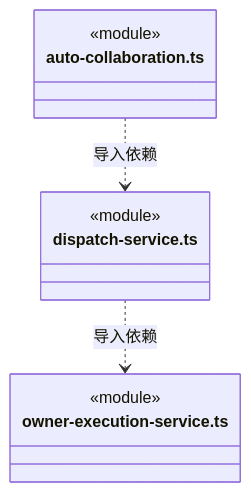
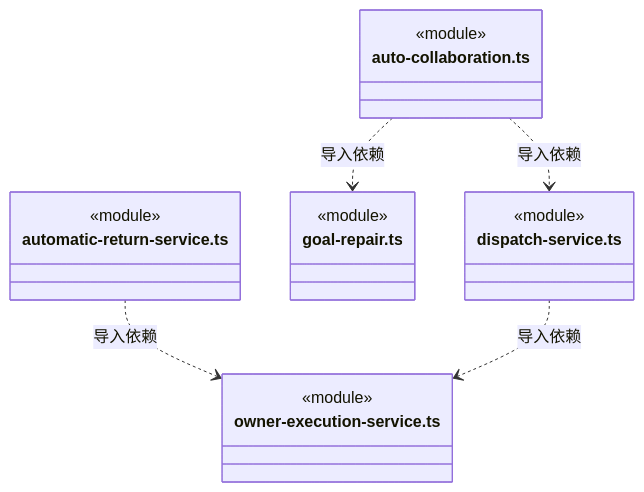
Diagram 13 of 14 in src/backend/scheduler-engine/dispatch/ARCHITECTURE.md (nan023062/cbim), drawn with Mermaid before and after one commit. The commit also changed other lines of this file and 130 other files, not shown here.

````diff
--- a/src/backend/scheduler-engine/dispatch/ARCHITECTURE.md
+++ b/src/backend/scheduler-engine/dispatch/ARCHITECTURE.md
@@ -331,14 +374,22 @@
 ```mermaid
 classDiagram
 class N_src_backend_scheduler_engine_dispatch_auto_collaboration_ts["auto-collaboration.ts"] {
   <<module>>
 }
 class N_src_backend_scheduler_engine_dispatch_dispatch_service_ts["dispatch-service.ts"] {
   <<module>>
 }
+class N_src_backend_scheduler_engine_dispatch_goal_repair_ts["goal-repair.ts"] {
+  <<module>>
+}
+class N_src_backend_scheduler_engine_dispatch_automatic_return_service_ts["automatic-return-service.ts"] {
+  <<module>>
+}
 class N_src_backend_scheduler_engine_dispatch_owner_execution_service_ts["owner-execution-service.ts"] {
   <<module>>
 }
 N_src_backend_scheduler_engine_dispatch_auto_collaboration_ts ..> N_src_backend_scheduler_engine_dispatch_dispatch_service_ts : 导入依赖
+N_src_backend_scheduler_engine_dispatch_auto_collaboration_ts ..> N_src_backend_scheduler_engine_dispatch_goal_repair_ts : 导入依赖
+N_src_backend_scheduler_engine_dispatch_automatic_return_service_ts ..> N_src_backend_scheduler_engine_dispatch_owner_execution_service_ts : 导入依赖
 N_src_backend_scheduler_engine_dispatch_dispatch_service_ts ..> N_src_backend_scheduler_engine_dispatch_owner_execution_service_ts : 导入依赖
 ```
````
